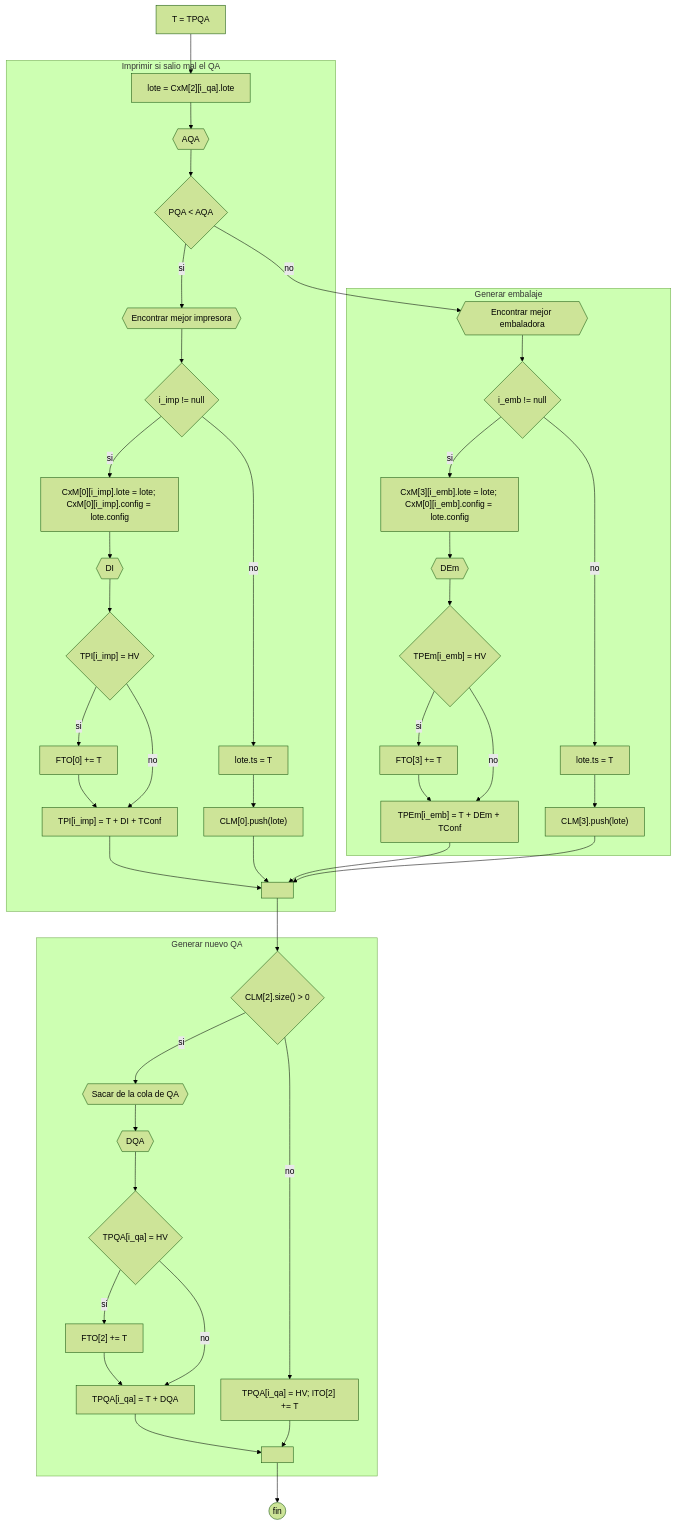
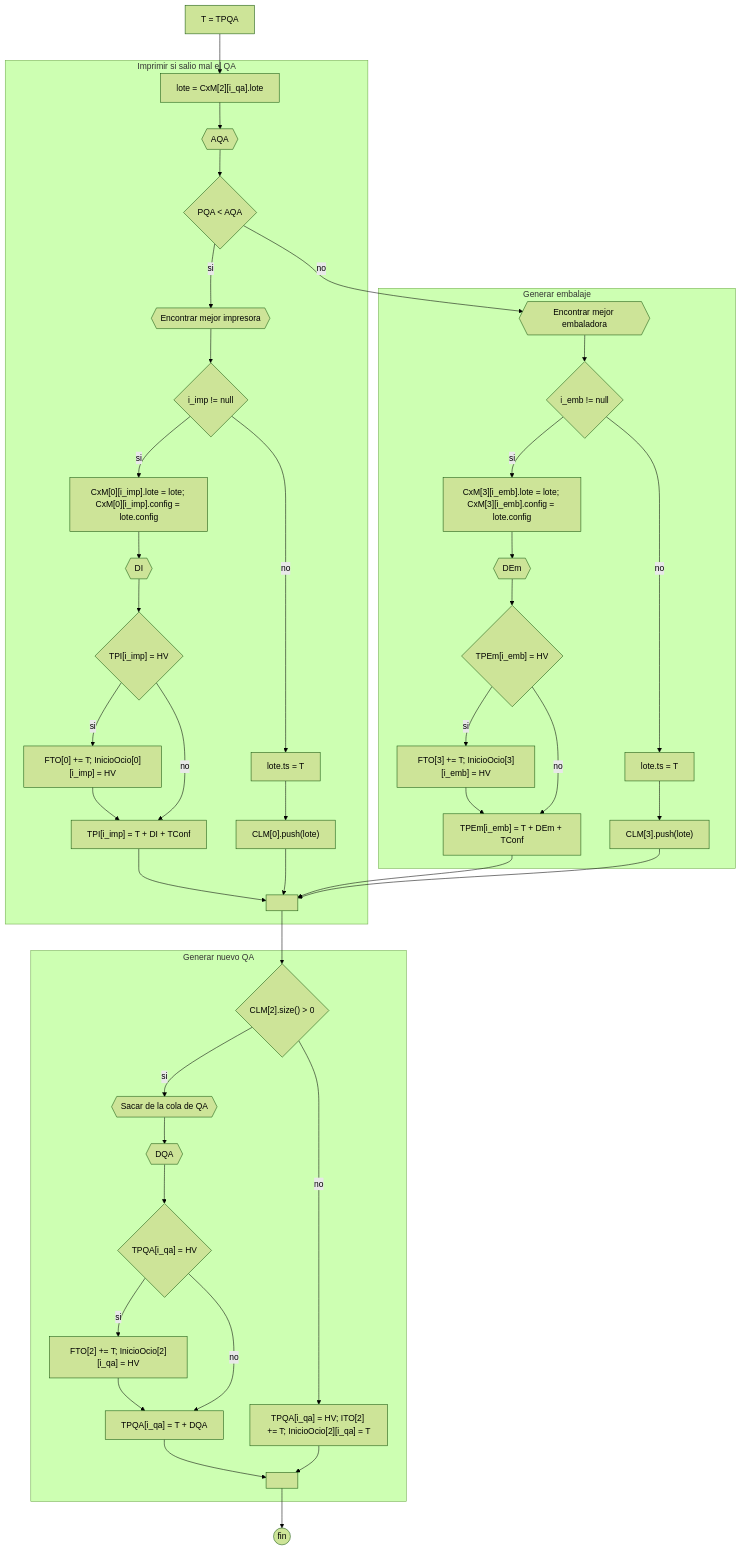
One commit to JuanManuelPrividera/TP-Simu changed the diagram in docs/Diagramas/qa/QA.mermaid. Above: the diagram before and after it, drawn with Mermaid (forest theme). The commit also changed 12 other files, not shown here.

```diff
--- a/docs/Diagramas/qa/QA.mermaid
+++ b/docs/Diagramas/qa/QA.mermaid
@@ -1,29 +1,29 @@
 flowchart TD
     direction TD
 
     a[T = TPQA] --> lote["lote = CxM[2][i_qa].lote"]
 
     subgraph Imprimir si salio mal el QA
     lote --> bb{{AQA}}
     bb --> bb1{"PQA < AQA"}
     bb1 --> |si| e1{{Encontrar mejor impresora}} --> f1{"i_imp != null"}
-    f1 --> |si| aimp["CxM[0][i_imp].lote = lote; CxM[0][i_imp].config = lote.config"] --> g1{{DI}} --> ii1{"TPI[i_imp] = HV"} --> |si| ii2["FTO[0] += T"] --> ii9
+    f1 --> |si| aimp["CxM[0][i_imp].lote = lote; CxM[0][i_imp].config = lote.config"] --> g1{{DI}} --> ii1{"TPI[i_imp] = HV"} --> |si| ii2["FTO[0] += T; InicioOcio[0][i_imp] = HV"] --> ii9
     ii1 --> |no| ii9["TPI[i_imp] = T + DI + TConf"] --> z[" "]
     f1 --> |no| z9["lote.ts = T"] --> h1["CLM[0].push(lote)"] --> z
     end
 
     subgraph Generar embalaje
     bb1 --> |no| g{{Encontrar mejor embaladora}} --> if2{"i_emb != null"}
-    if2 --> |si| aemb["CxM[3][i_emb].lote = lote; CxM[0][i_emb].config = lote.config"] --> aaa{{DEm}} --> iaa1{"TPEm[i_emb] = HV"} --> |si| iaa2["FTO[3] += T"] --> hhh
+    if2 --> |si| aemb["CxM[3][i_emb].lote = lote; CxM[3][i_emb].config = lote.config"] --> aaa{{DEm}} --> iaa1{"TPEm[i_emb] = HV"} --> |si| iaa2["FTO[3] += T; InicioOcio[3][i_emb] = HV"] --> hhh
     iaa1 --> |no| hhh["TPEm[i_emb] = T + DEm + TConf"] --> z
     if2 --> |no| z99["lote.ts = T"] --> aa["CLM[3].push(lote)"]  --> z
     end
 
     subgraph Generar nuevo QA
     z --> if{"CLM[2].size() > 0"}
-    if --> |si| e{{"Sacar de la cola de QA"}} --> s{{DQA}} --> i1{"TPQA[i_qa] = HV"} --> |si| i2["FTO[2] += T"] --> b
+    if --> |si| e{{"Sacar de la cola de QA"}} --> s{{DQA}} --> i1{"TPQA[i_qa] = HV"} --> |si| i2["FTO[2] += T; InicioOcio[2][i_qa] = HV"] --> b
     i1 --> |no| b["TPQA[i_qa] = T + DQA"] --> l[" "]
-    if --> |no| zz["TPQA[i_qa] = HV; ITO[2] += T"] --> l
+    if --> |no| zz["TPQA[i_qa] = HV; ITO[2] += T; InicioOcio[2][i_qa] = T"] --> l
     end
 
     l --> fin((fin))
```
